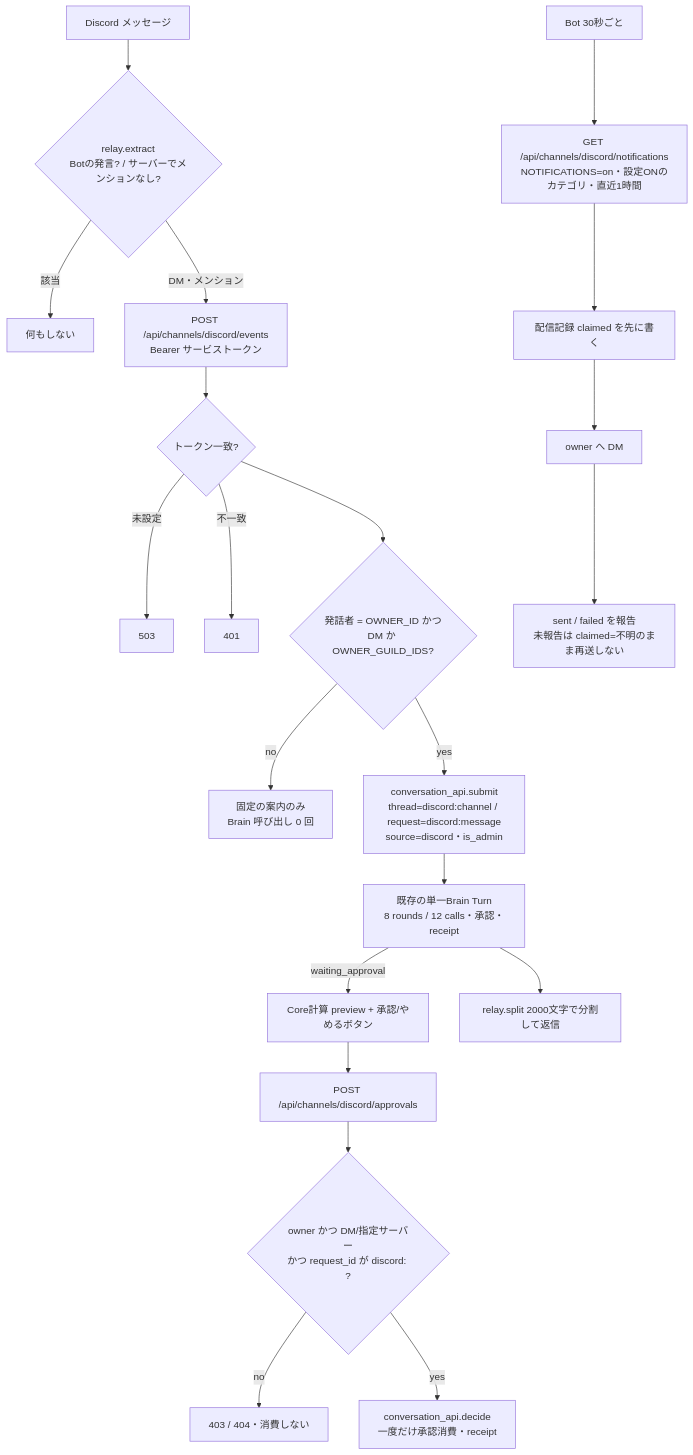
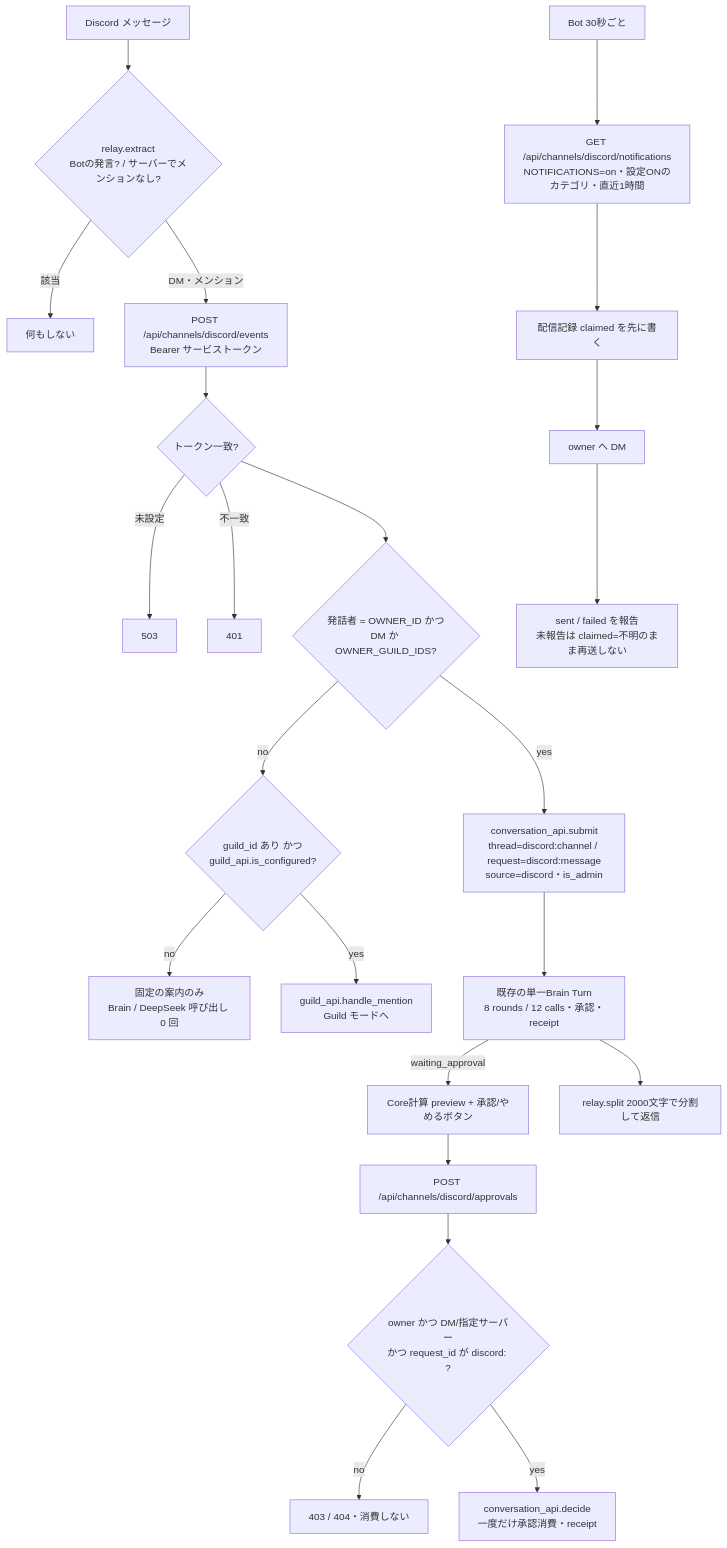
The second of 34 diagrams in docs/runtime-flows.md (Soso2e/PETIT), drawn with Mermaid before and after one commit. The commit also changed other lines of this file and 18 other files, not shown here.

````diff
--- a/docs/runtime-flows.md
+++ b/docs/runtime-flows.md
@@ -24,23 +24,25 @@
 ```mermaid
 flowchart TD
     Msg[Discord メッセージ] --> Extract{relay.extract<br/>Botの発言? / サーバーでメンションなし?}
     Extract -->|該当| Silent[何もしない]
     Extract -->|DM・メンション| Post[POST /api/channels/discord/events<br/>Bearer サービストークン]
     Post --> Auth{トークン一致?}
     Auth -->|未設定| E503[503]
     Auth -->|不一致| E401[401]
     Auth --> Mode{発話者 = OWNER_ID かつ<br/>DM か OWNER_GUILD_IDS?}
-    Mode -->|no| Guide[固定の案内のみ<br/>Brain 呼び出し 0 回]
+    Mode -->|no| GuildCheck{guild_id あり かつ<br/>guild_api.is_configured?}
+    GuildCheck -->|no| Guide[固定の案内のみ<br/>Brain / DeepSeek 呼び出し 0 回]
+    GuildCheck -->|yes| GuildMention[guild_api.handle_mention<br/>Guild モードへ]
     Mode -->|yes| Submit[conversation_api.submit<br/>thread=discord:channel / request=discord:message<br/>source=discord・is_admin]
     Submit --> Turn[既存の単一Brain Turn<br/>8 rounds / 12 calls・承認・receipt]
     Turn -->|waiting_approval| Buttons[Core計算 preview + 承認/やめるボタン]
     Turn --> Split[relay.split 2000文字で分割して返信]
     Buttons --> Press[POST /api/channels/discord/approvals]
     Press --> Check{owner かつ DM/指定サーバー<br/>かつ request_id が discord: ?}
     Check -->|no| Deny[403 / 404・消費しない]
     Check -->|yes| Decide[conversation_api.decide<br/>一度だけ承認消費・receipt]
     Poll[Bot 30秒ごと] --> Claim[GET /api/channels/discord/notifications<br/>NOTIFICATIONS=on・設定ONのカテゴリ・直近1時間]
     Claim --> Mark[配信記録 claimed を先に書く]
     Mark --> DM[owner へ DM]
     DM --> Report[sent / failed を報告<br/>未報告は claimed=不明のまま再送しない]
 ```
````
